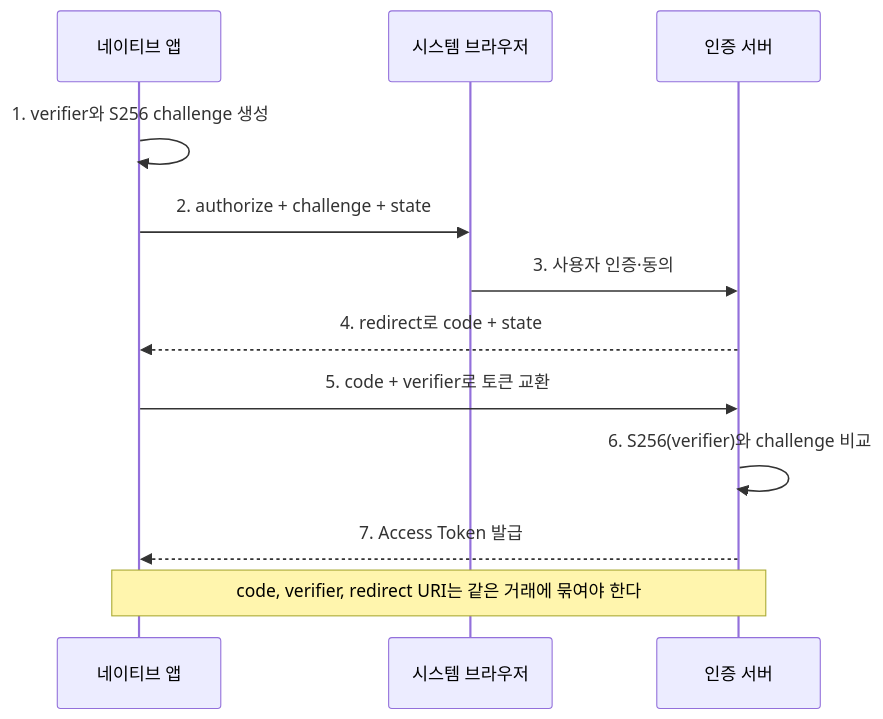
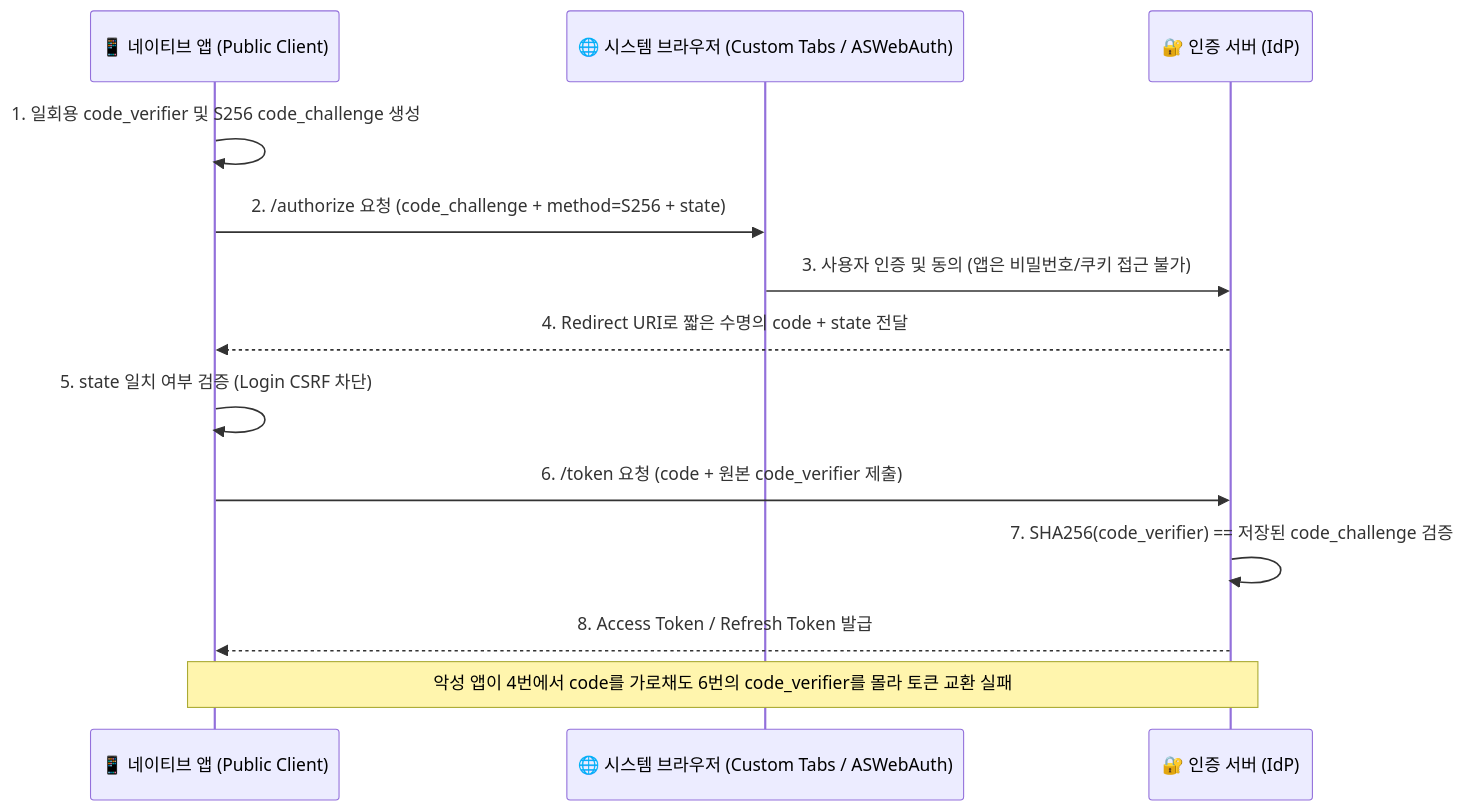
The diagram in content/모바일취약점/모바일 취약점 진단 — OAuth·PKCE 네이티브 플로우 공격.md (gooyong-sec/gooyong-sec.github.io), drawn with Mermaid before and after one commit. The commit also changed other lines of this file and 68 other files, not shown here.

````diff
--- a/content/모바일취약점/모바일 취약점 진단 — OAuth·PKCE 네이티브 플로우 공격.md
+++ b/content/모바일취약점/모바일 취약점 진단 — OAuth·PKCE 네이티브 플로우 공격.md
@@ -31,14 +18,15 @@
 ```mermaid
 sequenceDiagram
-    participant A as 네이티브 앱
-    participant B as 시스템 브라우저
-    participant S as 인증 서버
-    A->>A: 1. verifier와 S256 challenge 생성
-    A->>B: 2. authorize + challenge + state
-    B->>S: 3. 사용자 인증·동의
-    S-->>A: 4. redirect로 code + state
-    A->>S: 5. code + verifier로 토큰 교환
-    S->>S: 6. S256(verifier)와 challenge 비교
-    S-->>A: 7. Access Token 발급
-    Note over A,S: code, verifier, redirect URI는 같은 거래에 묶여야 한다
+    participant A as 📱 네이티브 앱 (Public Client)
+    participant B as 🌐 시스템 브라우저 (Custom Tabs / ASWebAuth)
+    participant S as 🔐 인증 서버 (IdP)
+    A->>A: 1. 일회용 code_verifier 및 S256 code_challenge 생성
+    A->>B: 2. /authorize 요청 (code_challenge + method=S256 + state)
+    B->>S: 3. 사용자 인증 및 동의 (앱은 비밀번호/쿠키 접근 불가)
+    S-->>A: 4. Redirect URI로 짧은 수명의 code + state 전달
+    A->>A: 5. state 일치 여부 검증 (Login CSRF 차단)
+    A->>S: 6. /token 요청 (code + 원본 code_verifier 제출)
+    S->>S: 7. SHA256(code_verifier) == 저장된 code_challenge 검증
+    S-->>A: 8. Access Token / Refresh Token 발급
+    Note over A,S: 악성 앱이 4번에서 code를 가로채도 6번의 code_verifier를 몰라 토큰 교환 실패
 ```
````
